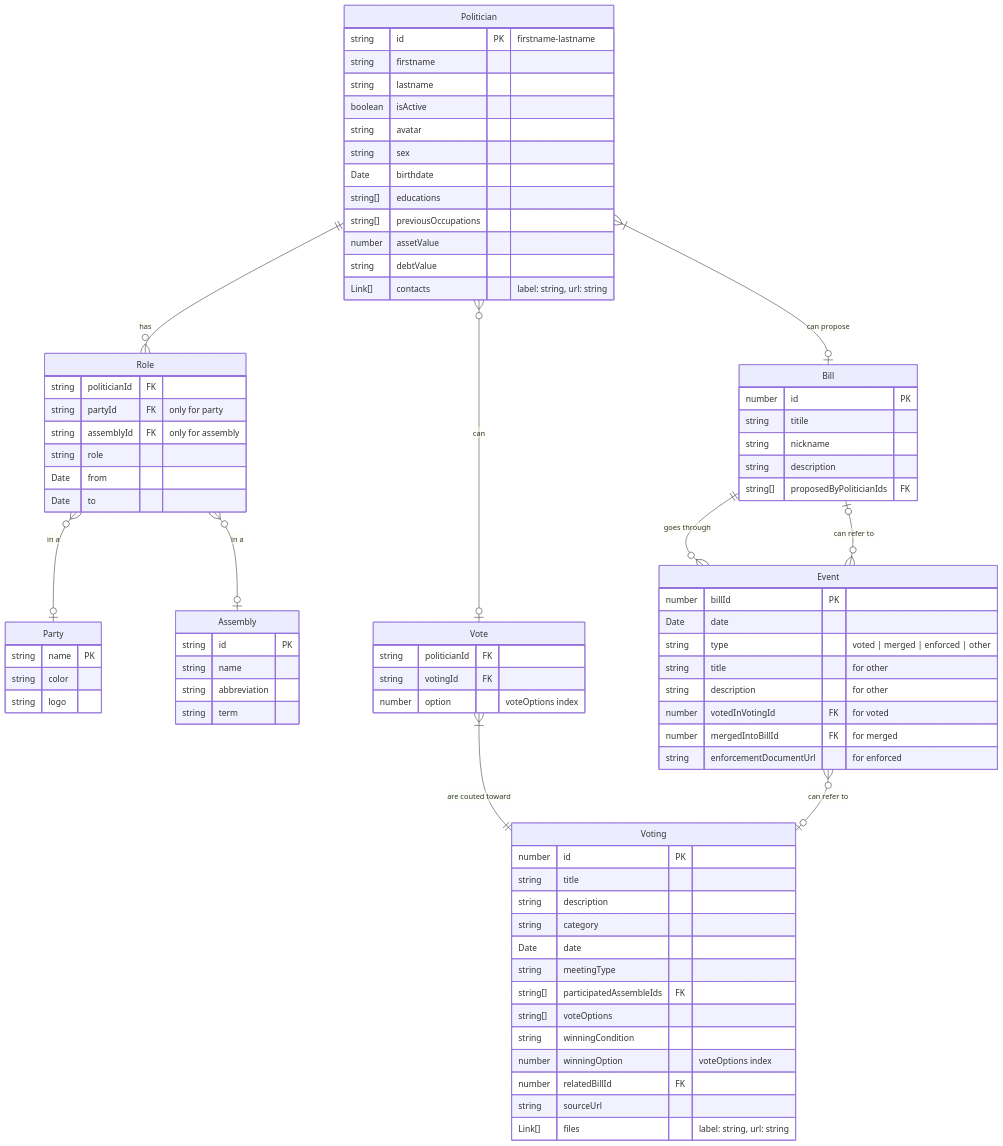
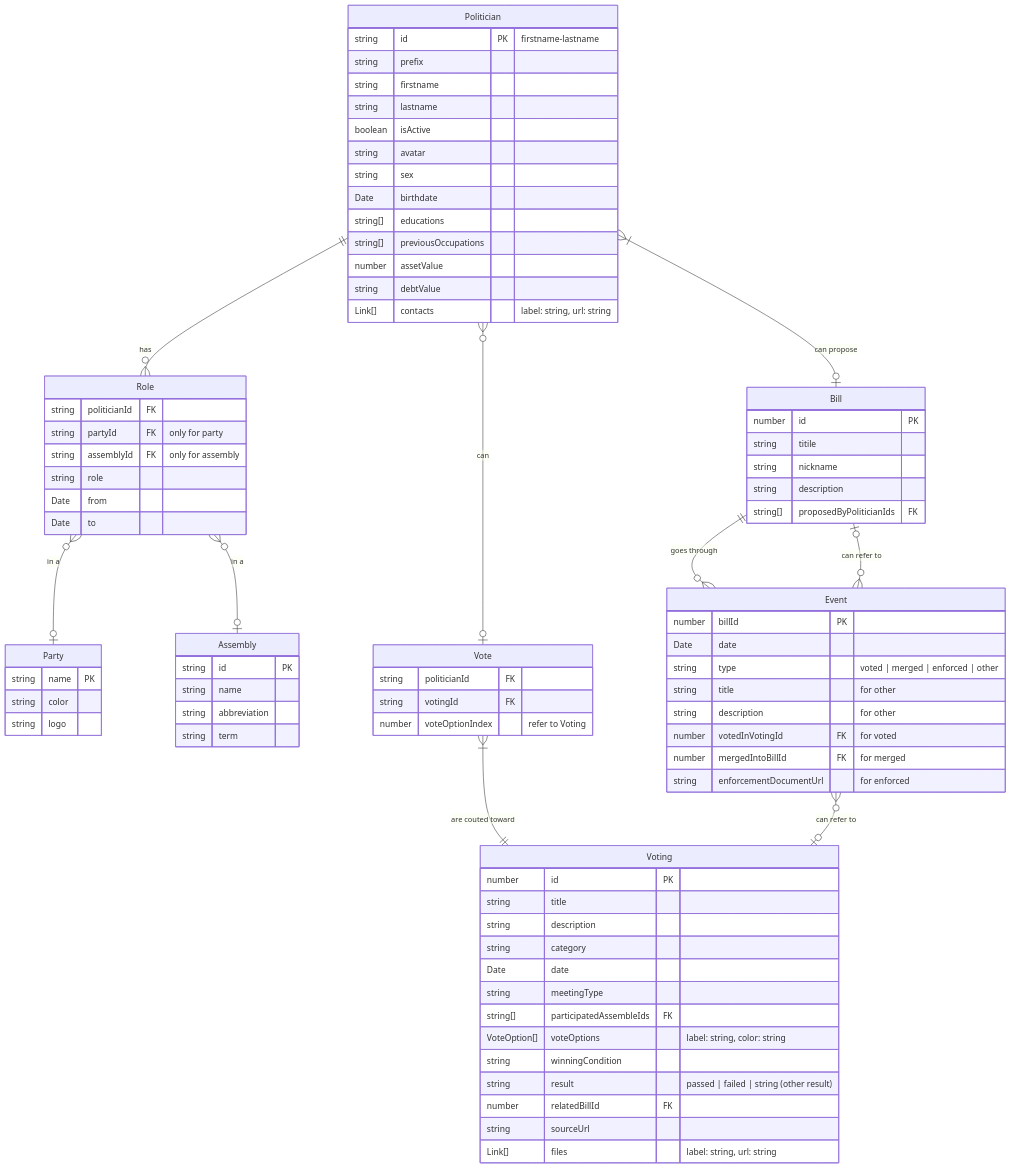
The diagram in src/models/README.md (wevisdemo/parliament-watch), drawn with Mermaid before and after one commit. The commit also changed 6 other files, not shown here.

Commit message:
feat: update politician, voting, and vote schema

```diff
--- a/src/models/README.md
+++ b/src/models/README.md
@@ -14,6 +14,7 @@
 
   Politician {
     string id PK "firstname-lastname"
+    string prefix
     string firstname
     string lastname
     boolean isActive
@@ -65,9 +66,9 @@
     Date date
     string meetingType
     string[] participatedAssembleIds FK
-    string[] voteOptions
+    VoteOption[] voteOptions "label: string, color: string"
     string winningCondition
-    number winningOption "voteOptions index"
+    string result "passed | failed | string (other result)"
     number relatedBillId FK
     string sourceUrl
     Link[] files "label: string, url: string"
@@ -76,7 +77,7 @@
   Vote {
     string politicianId FK
     string votingId FK
-    number option "voteOptions index"
+    number voteOptionIndex "refer to Voting"
   }
 
   Event {
```
